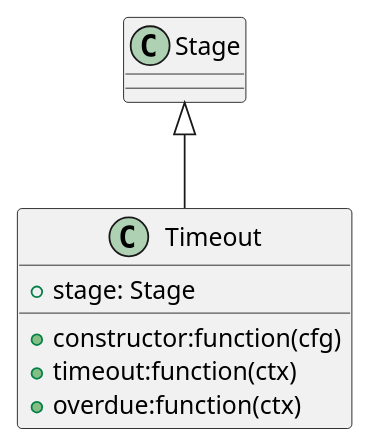
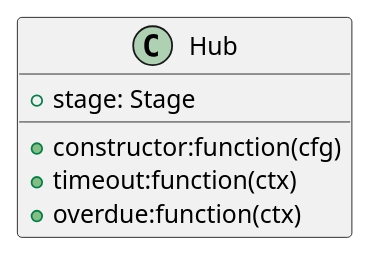
The diagram in en/general-architecture/hub-class.md (asrob-uc3m/robotDevastation-developer-manual), drawn with PlantUML before and after one commit.

Commit message:
Updates en/general-architecture/hub-class.md
Auto commit by GitBook Editor

````diff
--- a/en/general-architecture/hub-class.md
+++ b/en/general-architecture/hub-class.md
@@ -2,13 +2,11 @@
 ```uml
 @startuml
 
-    Class Stage
-    Class Timeout {
+    Class Hub {
         +constructor:function(cfg)
         +timeout:function(ctx)
         +overdue:function(ctx)
         +stage: Stage
     }
-    Stage <|-- Timeout
 @enduml
 ```
````
